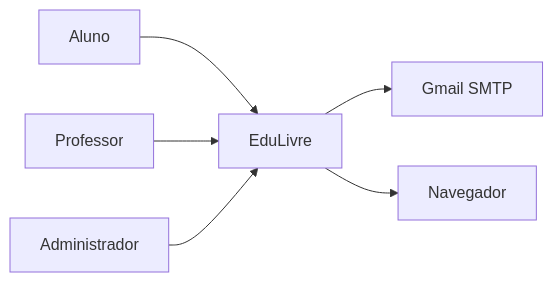
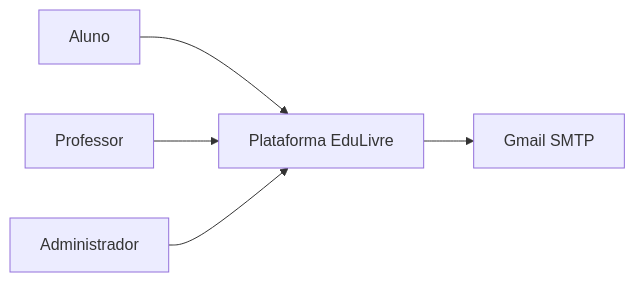
The first of 3 diagrams in docs/arquitetura.md (PHFogo/edulibre_docker1), drawn with Mermaid before and after one commit. The commit also changed other lines of this file and 3 other files, not shown here.

Commit message:
docs: complete architecture and operations rubric

````diff
--- a/docs/arquitetura.md
+++ b/docs/arquitetura.md
@@ -5,8 +5,7 @@
 ```mermaid
 flowchart LR
-  aluno[Aluno] --> web[EduLivre]
-  professor[Professor] --> web
-  admin[Administrador] --> web
-  web --> gmail[Gmail SMTP]
-  web --> browser[Navegador]
+  aluno[Aluno] --> edulivre[Plataforma EduLivre]
+  professor[Professor] --> edulivre
+  admin[Administrador] --> edulivre
+  edulivre --> gmail[Gmail SMTP]
 ```
````
